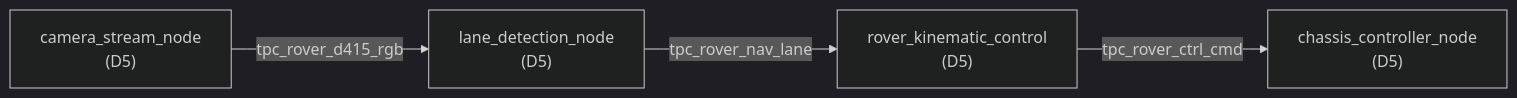
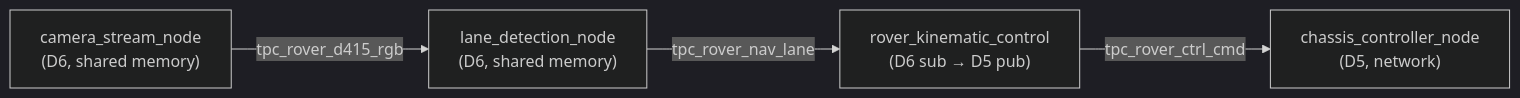
The first of 3 diagrams in docs/TOPICS.md (RoboticsGG/almondmatcha), drawn with Mermaid (dark theme) before and after one commit. The commit also changed other lines of this file and 5 other files, not shown here.

````diff
--- a/docs/TOPICS.md
+++ b/docs/TOPICS.md
@@ -430,6 +432,6 @@
 ```mermaid
 flowchart LR
-    CS["camera_stream_node\n(D5)"] -->|tpc_rover_d415_rgb| LD["lane_detection_node\n(D5)"]
-    LD -->|tpc_rover_nav_lane| RKC["rover_kinematic_control\n(D5)"]
-    RKC -->|tpc_rover_ctrl_cmd| CC["chassis_controller_node\n(D5)"]
+    CS["camera_stream_node\n(D6, shared memory)"] -->|tpc_rover_d415_rgb| LD["lane_detection_node\n(D6, shared memory)"]
+    LD -->|tpc_rover_nav_lane| RKC["rover_kinematic_control\n(D6 sub → D5 pub)"]
+    RKC -->|tpc_rover_ctrl_cmd| CC["chassis_controller_node\n(D5, network)"]
 ```
````
